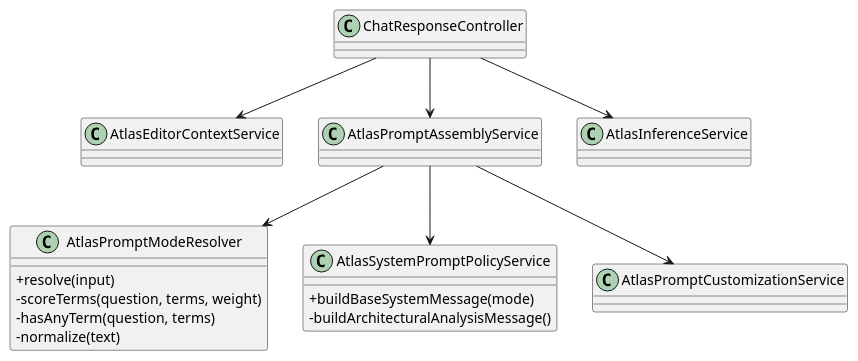
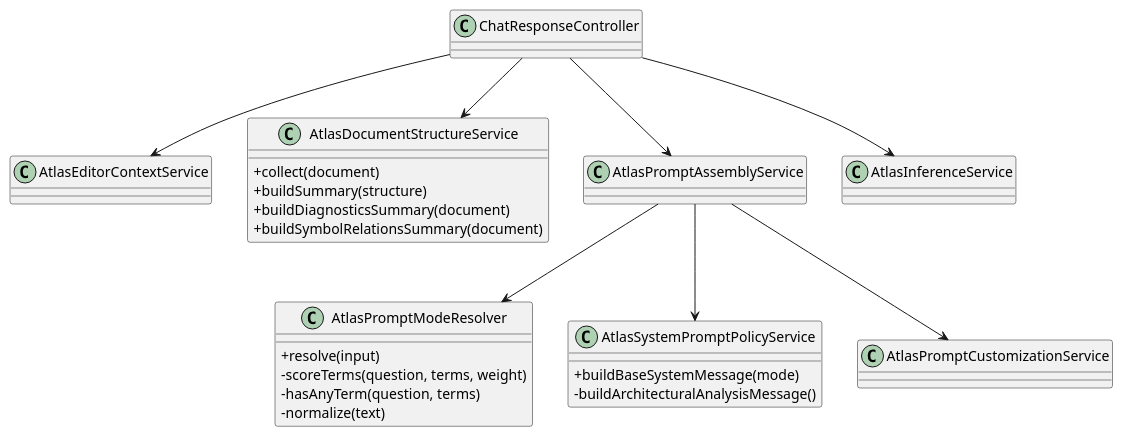
The fifth of 40 diagrams in docs/plantuml-diagramas-por-caso-de-uso-atlas.md (JVictorVI/ATLAS), drawn with PlantUML before and after one commit. The commit also changed other lines of this file and 2 other files, not shown here.

````diff
--- a/docs/plantuml-diagramas-por-caso-de-uso-atlas.md
+++ b/docs/plantuml-diagramas-por-caso-de-uso-atlas.md
@@ -192,29 +245,36 @@
 ```plantuml
 @startuml
 skinparam shadowing false
 skinparam classAttributeIconSize 0
 
 class ChatResponseController
 class AtlasEditorContextService
+class AtlasDocumentStructureService {
+  +collect(document)
+  +buildSummary(structure)
+  +buildDiagnosticsSummary(document)
+  +buildSymbolRelationsSummary(document)
+}
 class AtlasPromptAssemblyService
 class AtlasPromptModeResolver {
   +resolve(input)
   -scoreTerms(question, terms, weight)
   -hasAnyTerm(question, terms)
   -normalize(text)
 }
 class AtlasSystemPromptPolicyService {
   +buildBaseSystemMessage(mode)
   -buildArchitecturalAnalysisMessage()
 }
 class AtlasPromptCustomizationService
 class AtlasInferenceService
 
 ChatResponseController --> AtlasEditorContextService
+ChatResponseController --> AtlasDocumentStructureService
 ChatResponseController --> AtlasPromptAssemblyService
 ChatResponseController --> AtlasInferenceService
 AtlasPromptAssemblyService --> AtlasPromptModeResolver
 AtlasPromptAssemblyService --> AtlasSystemPromptPolicyService
 AtlasPromptAssemblyService --> AtlasPromptCustomizationService
 @enduml
 ```
````
